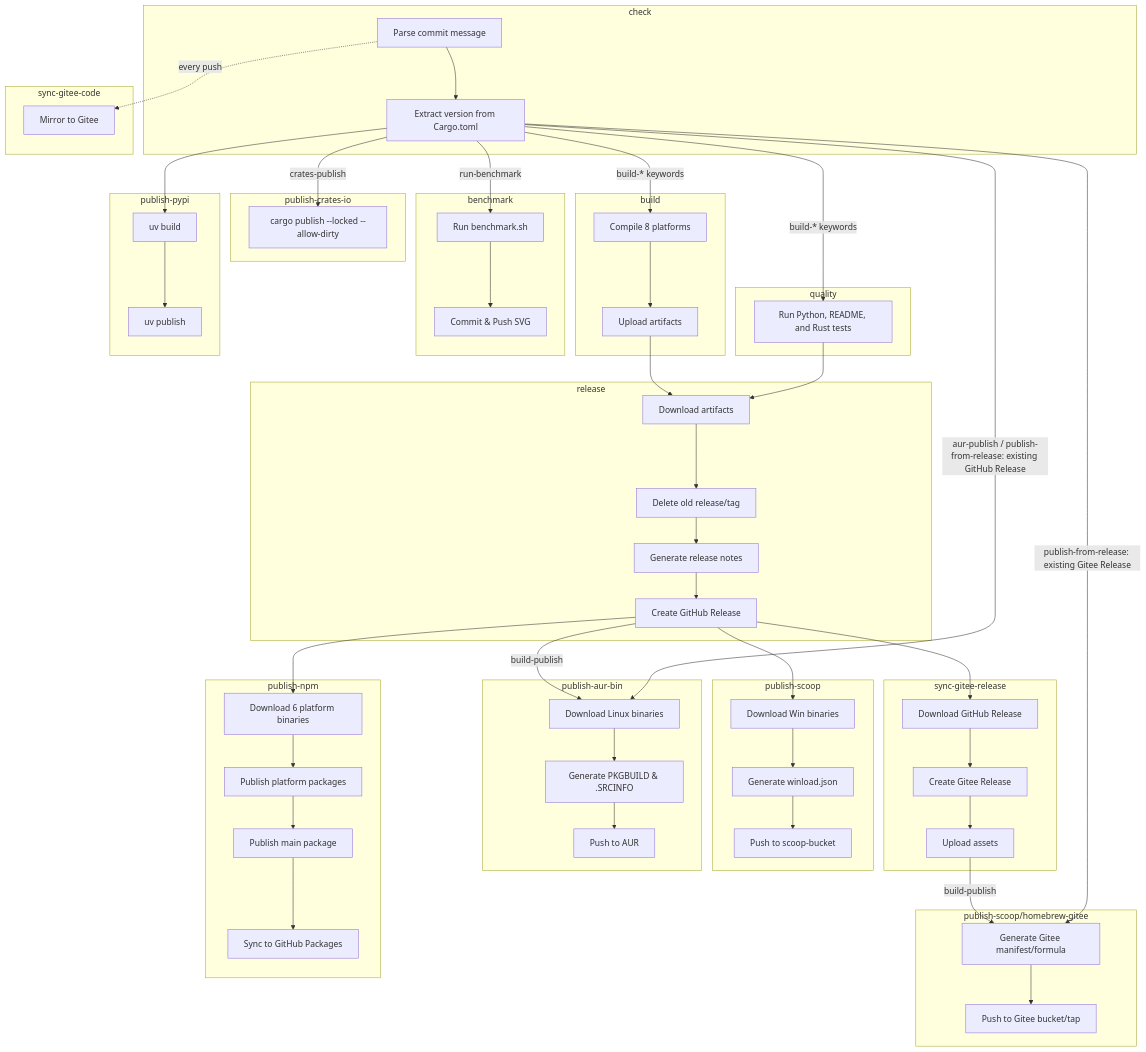
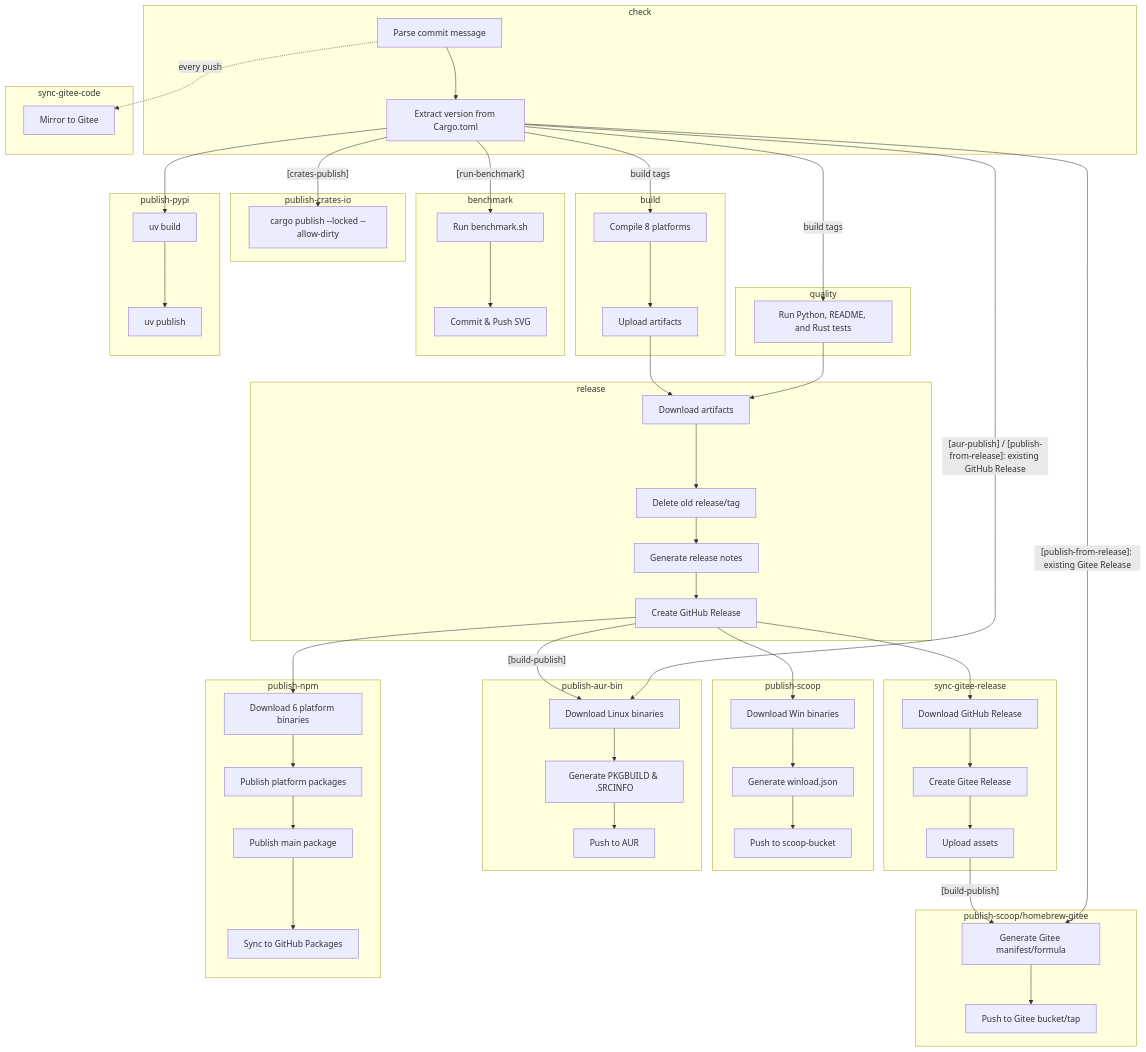
Before and after one commit to VincentZyuApps/winload: the diagram in .github/workflows/build.md, drawn with Mermaid. The commit also changed other lines of this file and 8 other files, not shown here.

````diff
--- a/.github/workflows/build.md
+++ b/.github/workflows/build.md
@@ -249,27 +250,27 @@
 
     C1 --> C2
     C1 -."every push".-> SC1
-    C2 --"build-* keywords"--> B1
-    C2 --"build-* keywords"--> T1
-    C2 --"run-benchmark"--> BM1
+    C2 --"build tags"--> B1
+    C2 --"build tags"--> T1
+    C2 --"[run-benchmark]"--> BM1
     C2 --> PY1
     BM1 --> BM2
     PY1 --> PY2
     B1 --> B2
     B2 --> R1
     T1 --> R1
-    C2 --"crates-publish"--> CR1
+    C2 --"[crates-publish]"--> CR1
     R1 --> R2 --> R3 --> R4
     R4 --> S1
     S1 --> S2 --> S3
-    R4 --"build-publish"--> A1
-    C2 --"aur-publish / publish-from-release: existing GitHub Release"--> A1
+    R4 --"[build-publish]"--> A1
+    C2 --"[aur-publish] / [publish-from-release]: existing GitHub Release"--> A1
     A1 --> A2 --> A3
     R4 --> N1
     N1 --> N2 --> N3 --> N4
     R4 --> SR1
     SR1 --> SR2 --> SR3
-    SR3 --"build-publish"--> G1
-    C2 --"publish-from-release: existing Gitee Release"--> G1
+    SR3 --"[build-publish]"--> G1
+    C2 --"[publish-from-release]: existing Gitee Release"--> G1
     G1 --> G2
 ```
````
